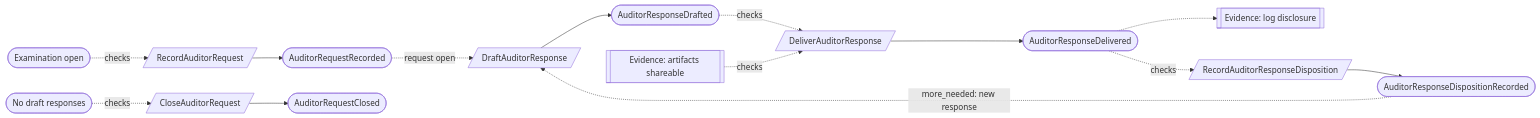
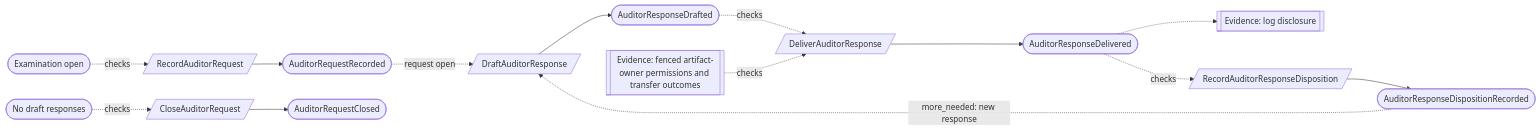
Before and after one commit to bdgrz/compliance-core: the third of 5 diagrams in docs/proposed/contexts/auditor-collaboration.md, drawn with Mermaid. The commit also changed other lines of this file and 1812 other files, not shown here.

````diff
--- a/docs/proposed/contexts/auditor-collaboration.md
+++ b/docs/proposed/contexts/auditor-collaboration.md
@@ -257,13 +373,13 @@
 ```mermaid
 flowchart LR
     X0([Examination open]) -. checks .-> C1
     C1[/RecordAuditorRequest/] --> E1([AuditorRequestRecorded])
     E1 -. "request open" .-> C5[/DraftAuditorResponse/] --> E5([AuditorResponseDrafted])
     E5 -. checks .-> C2[/DeliverAuditorResponse/]
-    A[[Evidence: artifacts shareable]] -. checks .-> C2
+    A[[Evidence: fenced artifact-owner permissions and transfer outcomes]] -. checks .-> C2
     C2 --> E2([AuditorResponseDelivered])
     E2 -.-> X1[[Evidence: log disclosure]]
     E2 -. checks .-> C3[/RecordAuditorResponseDisposition/] --> E3([AuditorResponseDispositionRecorded])
     E3 -. "more_needed: new response" .-> C5
     N([No draft responses]) -. checks .-> C4[/CloseAuditorRequest/] --> E4([AuditorRequestClosed])
 ```
````
